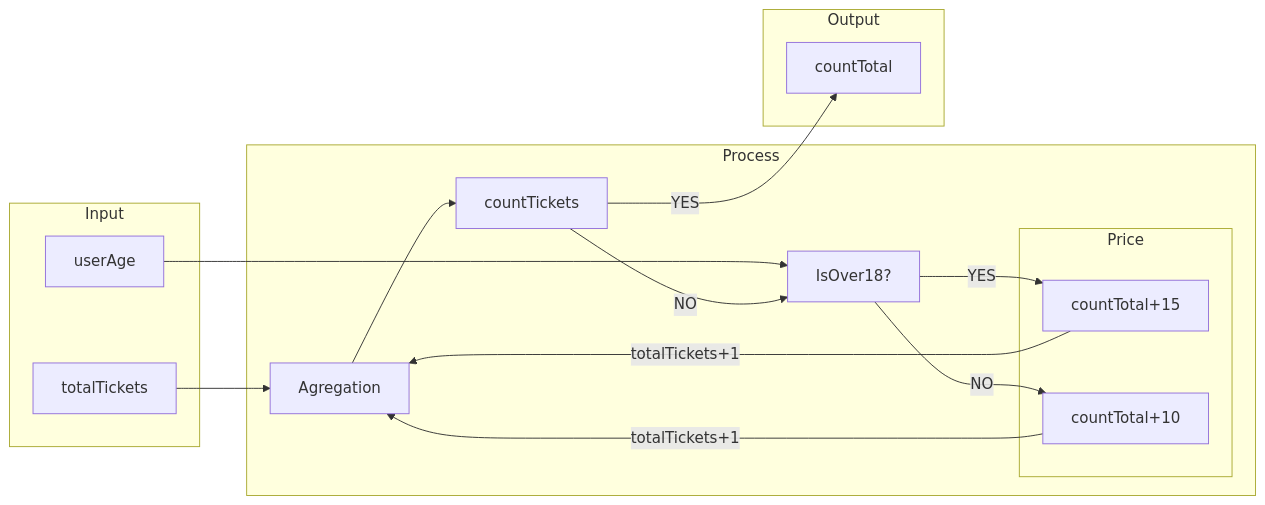
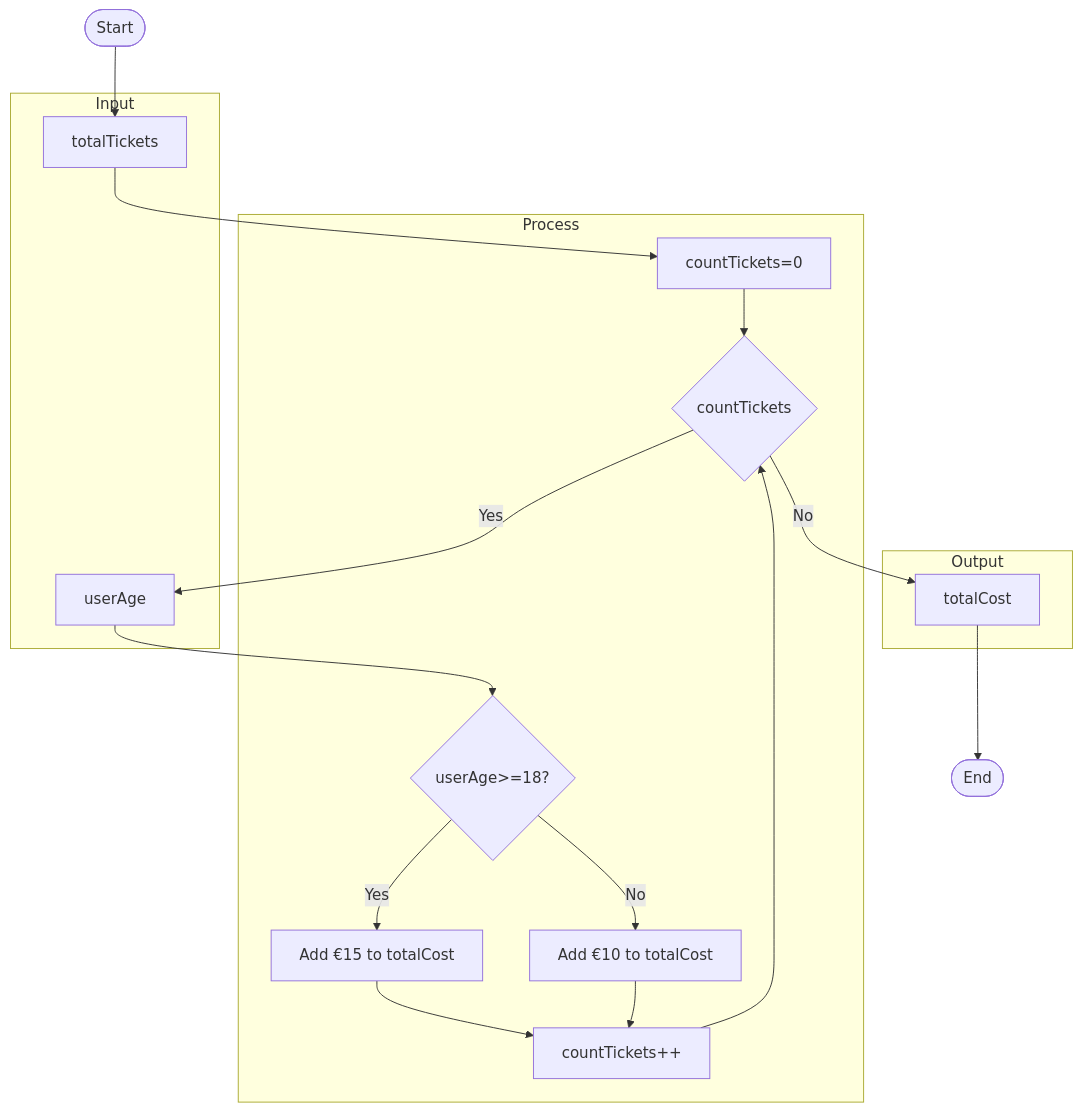
Before and after one commit to alanmaizon/Software-Development: the diagram in Week4/README.md, drawn with Mermaid. The commit also changed other lines of this file and 8 other files, not shown here.

````diff
--- a/Week4/README.md
+++ b/Week4/README.md
@@ -12,32 +20,35 @@
 ``` mermaid
-    flowchart LR
+flowchart TB
 
-    totalTickets --> Agregation
-    userAge --> IsOver18?
-    IsOver18? --YES --> countTotal+15
-    IsOver18? --NO --> countTotal+10
-    countTickets --NO --> IsOver18?
-    countTotal+10 --totalTickets+1 --> Agregation
-    countTotal+15 --totalTickets+1 --> Agregation
-    Agregation --> countTickets
-    countTickets -- YES -->countTotal
+    A([Start])-->B[totalTickets]
+    B-->C[countTickets=0]
+    C-->D{countTickets<totalTickets?}
+    D-- Yes -->E[userAge]
+    E--> F{userAge>=18?}
+    F-- Yes -->G[Add €15 to totalCost]
+    F-- No -->H[Add €10 to totalCost]
+    G-->I[countTickets++]
+    H-->I
+    I-->D
+    D-- No -->J[totalCost]
+    J-->K([End])
 
-    subgraph Input 
-        userAge
-        totalTickets
-    end
-    subgraph Process
-        Agregation
-        countTickets
-        IsOver18?
-        subgraph Price
-            countTotal+15
-            countTotal+10
-        end
-    end  
-    subgraph Output
-        countTotal
+    subgraph Input
+        B
+        E
     end
 
+    subgraph Process
+        C
+        D
+        F
+        G
+        H
+        I
+    end
+
+    subgraph Output
+        J
+    end
 
 ```
````
